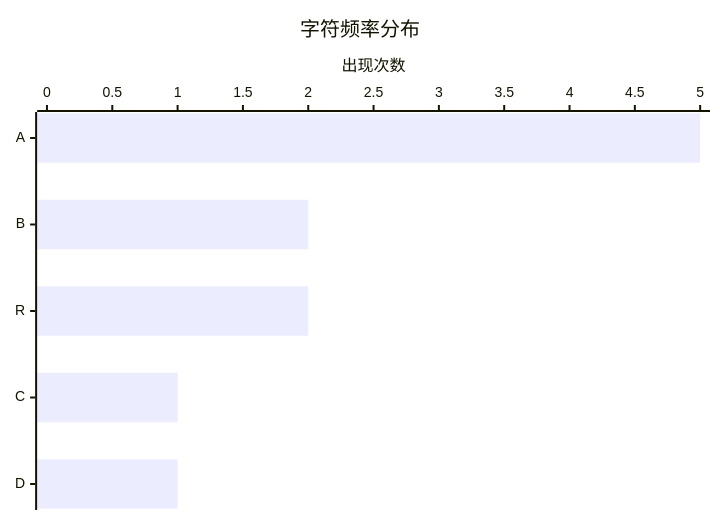
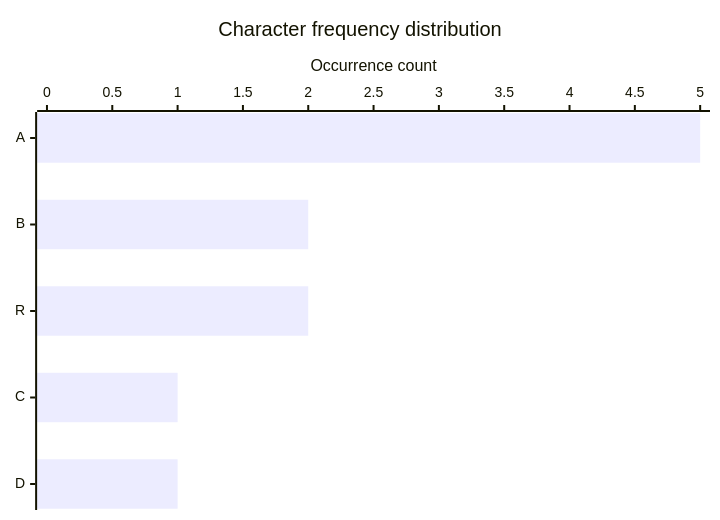
Before and after one commit to HONGLEI111/hhlblog-global: the first of 3 diagrams in src/content/technology/huffman-tree.md, drawn with Mermaid. The commit also changed other lines of this file and 33 other files, not shown here.

First line of the commit message:
content(code): 翻译 mermaid 图节点标签（34 文件 / 267 处）

````diff
--- a/src/content/technology/huffman-tree.md
+++ b/src/content/technology/huffman-tree.md
@@ -37,7 +37,7 @@
 ```mermaid
 xychart-beta horizontal
-    title "字符频率分布"
+    title "Character frequency distribution"
     x-axis [A, B, R, C, D]
-    y-axis "出现次数" 0 --> 5
+    y-axis "Occurrence count" 0 --> 5
     bar [5, 2, 2, 1, 1]
 ```
````
